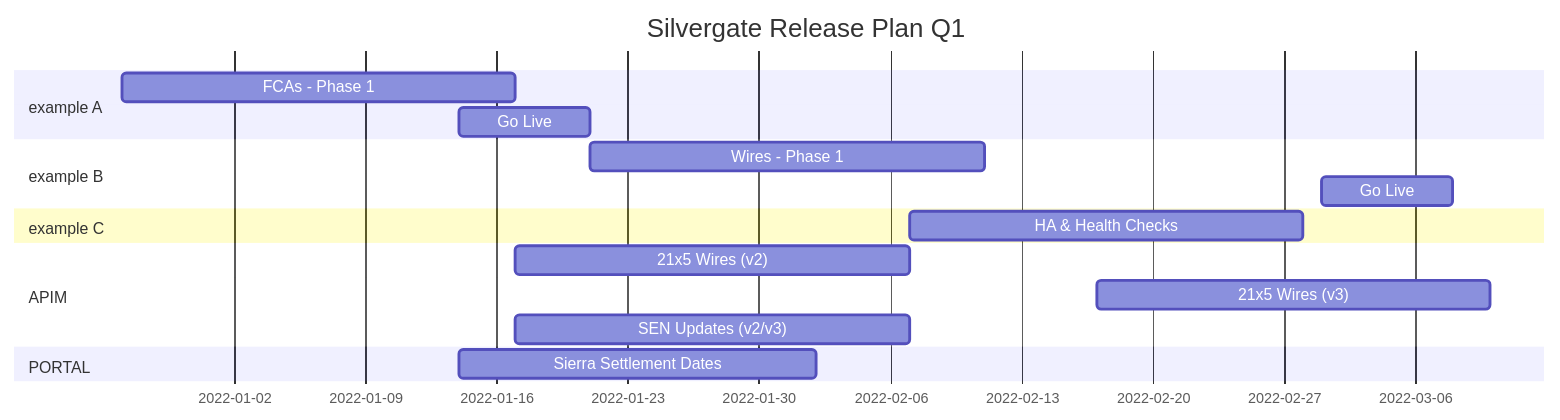
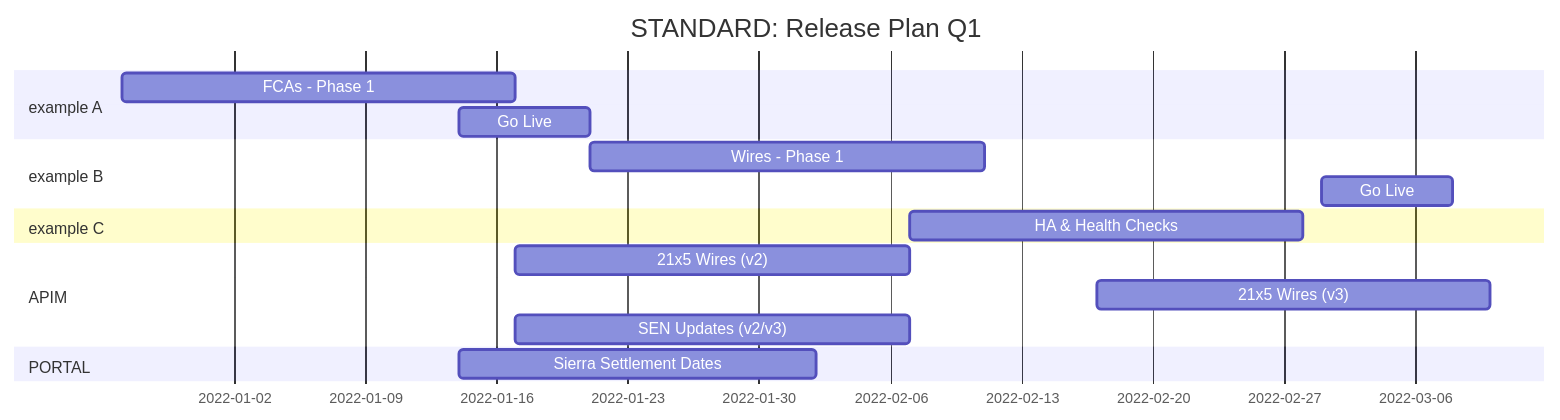
One commit to standard-made/devops changed the diagram in qa-engineering/wiki/wiki-release-plan.md. Above: the diagram before and after it, drawn with Mermaid. The commit also changed other lines of this file and 13 other files, not shown here.

````diff
--- a/qa-engineering/wiki/wiki-release-plan.md
+++ b/qa-engineering/wiki/wiki-release-plan.md
@@ -21,25 +21,25 @@
-::: mermaid
+``` mermaid
 gantt
-title Silvergate Release Plan Q1
+title STANDARD: Release Plan Q1
 dateFormat YYYY-MM-DD
 
 section example A
 FCAs - Phase 1 :a1, 2021-12-27, 21d
 Go Live :a1, 2022-01-14, 7d
 
 section example B
 Wires - Phase 1 :a1, 2022-01-21, 21d
 Go Live :a1, 2022-03-01, 7d
 
 section example C
 HA & Health Checks :a1, 2022-02-07, 21d
 
 section APIM
 21x5 Wires (v2) :a1, 2022-01-17, 21d
 21x5 Wires (v3) :a1, 2022-02-17, 21d
 SEN Updates (v2/v3) :a1, 2022-01-17, 21d
 
 section PORTAL
 Sierra Settlement Dates :a1, 2022-01-14, 19d
 
-:::
+```
````
